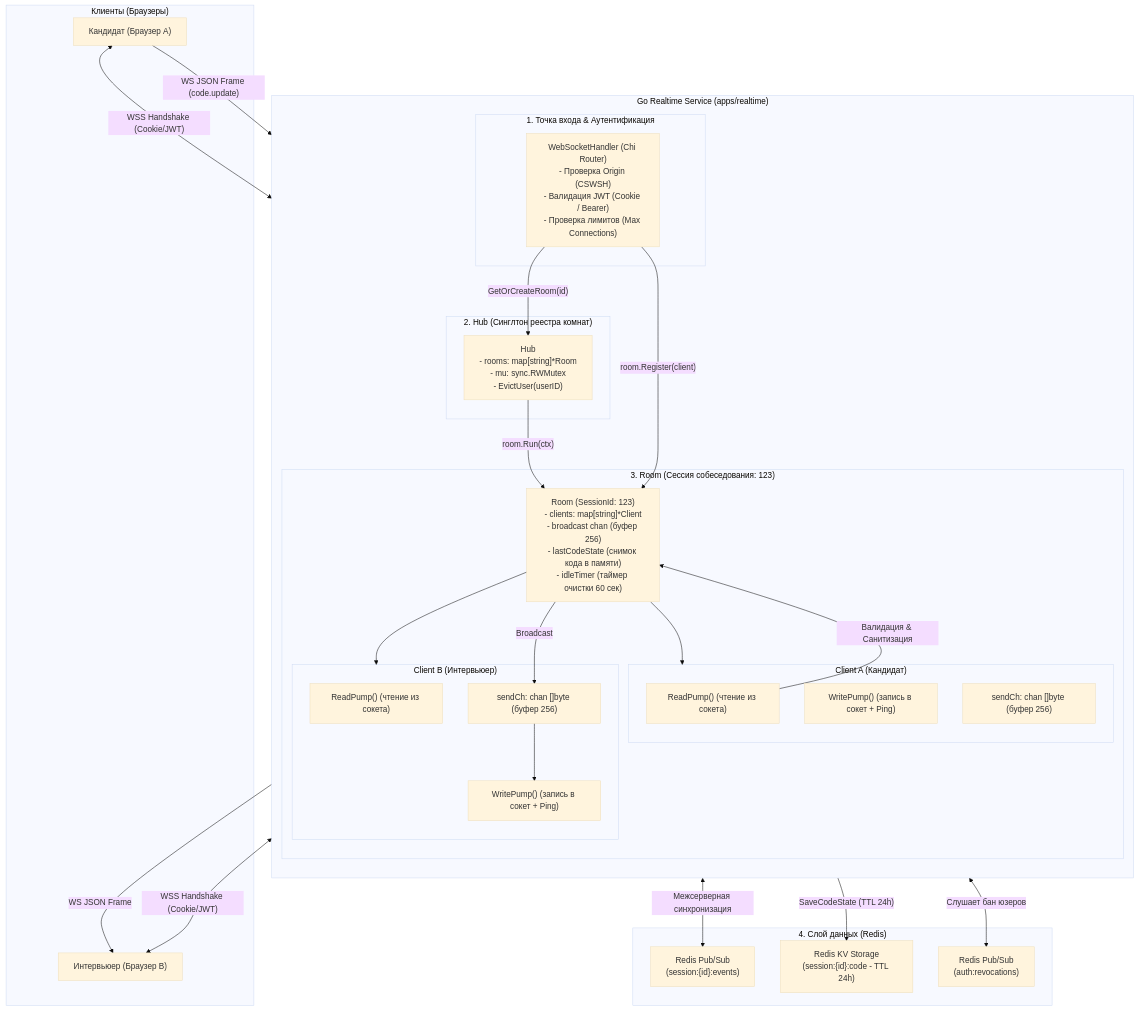
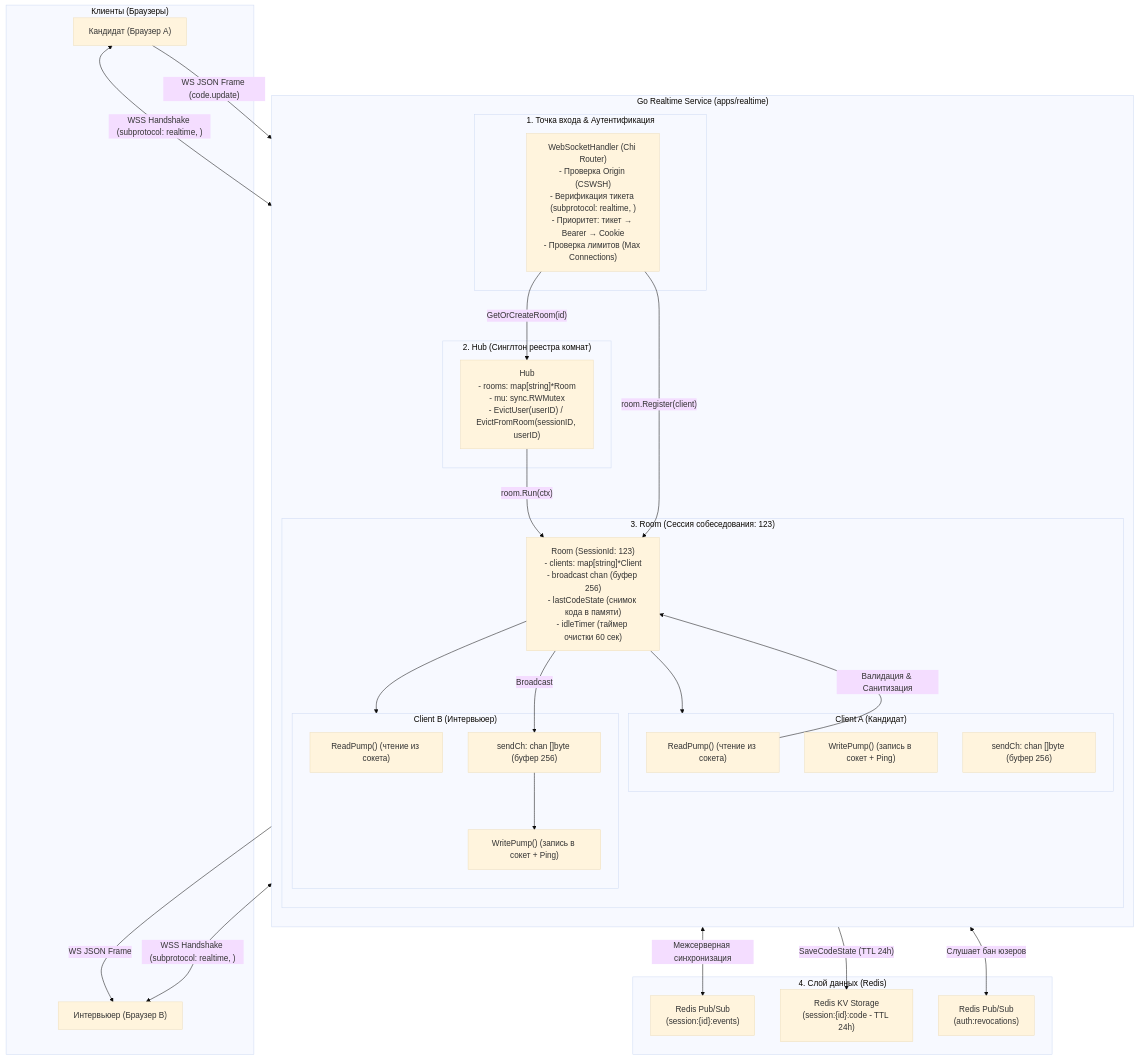
Before and after one commit to Riko4502/MockInterviewAI: the first of 2 diagrams in docs/WEBSOCKET_ARCHITECTURE.md, drawn with Mermaid (base theme). The commit also changed other lines of this file and 63 other files, not shown here.

````diff
--- a/docs/WEBSOCKET_ARCHITECTURE.md
+++ b/docs/WEBSOCKET_ARCHITECTURE.md
@@ -48,64 +48,64 @@
 ```mermaid
 flowchart TB
     subgraph Clients["Клиенты (Браузеры)"]
         C1["Кандидат (Браузер A)"]
         C2["Интервьюер (Браузер B)"]
     end
 
     subgraph GoBackend["Go Realtime Service (apps/realtime)"]
         direction TB
         
         subgraph EntryPoint["1. Точка входа & Аутентификация"]
-            Handler["WebSocketHandler (Chi Router)\n- Проверка Origin (CSWSH)\n- Валидация JWT (Cookie / Bearer)\n- Проверка лимитов (Max Connections)"]
+            Handler["WebSocketHandler (Chi Router)\n- Проверка Origin (CSWSH)\n- Верификация тикета (subprotocol: realtime, <ticket>)\n- Приоритет: тикет → Bearer → Cookie\n- Проверка лимитов (Max Connections)"]
         end
 
         subgraph HubLayer["2. Hub (Синглтон реестра комнат)"]
-            Hub["Hub\n- rooms: map[string]*Room\n- mu: sync.RWMutex\n- EvictUser(userID)"]
+            Hub["Hub\n- rooms: map[string]*Room\n- mu: sync.RWMutex\n- EvictUser(userID) / EvictFromRoom(sessionID, userID)"]
         end
 
         subgraph RoomLayer["3. Room (Сессия собеседования: 123)"]
             Room["Room (SessionId: 123)\n- clients: map[string]*Client\n- broadcast chan (буфер 256)\n- lastCodeState (снимок кода в памяти)\n- idleTimer (таймер очистки 60 сек)"]
             
             subgraph Client1Goroutines["Client A (Кандидат)"]
                 R1["ReadPump() (чтение из сокета)"]
                 W1["WritePump() (запись в сокет + Ping)"]
                 Ch1["sendCh: chan []byte (буфер 256)"]
             end
 
             subgraph Client2Goroutines["Client B (Интервьюер)"]
                 R2["ReadPump() (чтение из сокета)"]
                 W2["WritePump() (запись в сокет + Ping)"]
                 Ch2["sendCh: chan []byte (буфер 256)"]
             end
         end
     end
 
     subgraph RedisLayer["4. Слой данных (Redis)"]
         RPubSub["Redis Pub/Sub\n(session:{id}:events)"]
         RStorage["Redis KV Storage\n(session:{id}:code - TTL 24h)"]
         RRevoke["Redis Pub/Sub\n(auth:revocations)"]
     end
 
     %% Сетевой Handshake
-    C1 <-->|"WSS Handshake (Cookie/JWT)"| Handler
-    C2 <-->|"WSS Handshake (Cookie/JWT)"| Handler
+    C1 <-->|"WSS Handshake (subprotocol: realtime, <ticket>)"| Handler
+    C2 <-->|"WSS Handshake (subprotocol: realtime, <ticket>)"| Handler
 
     %% Регистрация в Hub и Room
     Handler -->|"GetOrCreateRoom(id)"| Hub
     Hub -->|"room.Run(ctx)"| Room
     Handler -->|"room.Register(client)"| Room
     Room --> Client1Goroutines
     Room --> Client2Goroutines
 
     %% Поток сообщений (Code Update)
     C1 -->|"WS JSON Frame (code.update)"| R1
     R1 -->|"Валидация & Санитизация"| Room
     Room -->|"Broadcast"| Ch2
     Ch2 --> W2
     W2 -->|"WS JSON Frame"| C2
 
     %% Взаимодействие с Redis
     Room <-->|"Межсерверная синхронизация"| RPubSub
     Room -->|"SaveCodeState (TTL 24h)"| RStorage
     Hub <-->|"Слушает бан юзеров"| RRevoke
 ```
````
